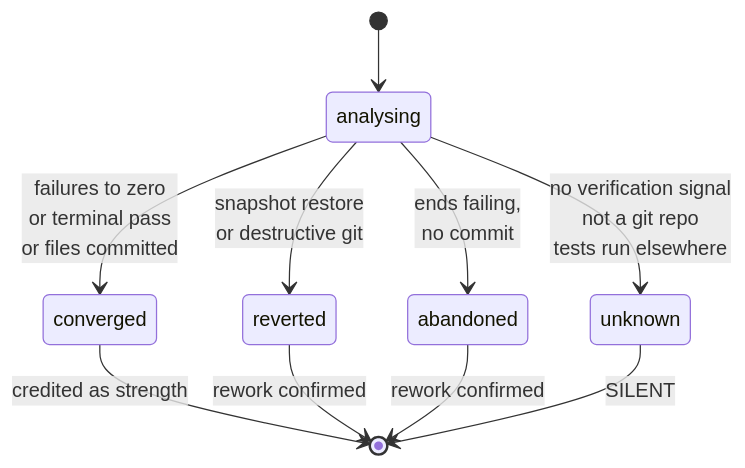
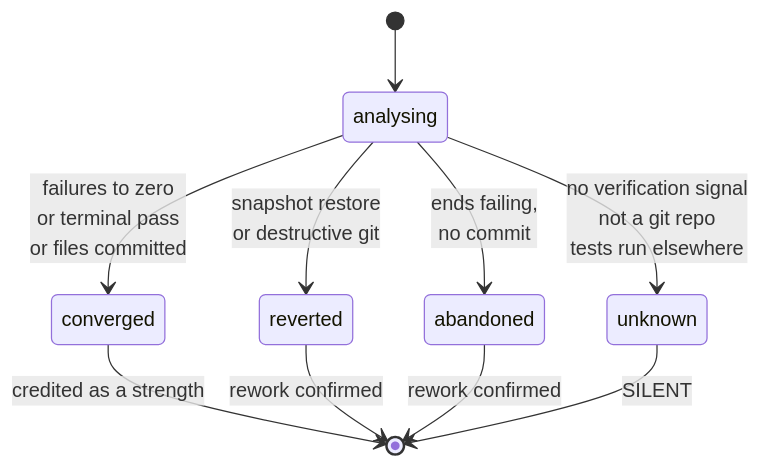
The fourth of 7 diagrams in docs/architecture.md (vibesenpai/vibesenpai), drawn with Mermaid before and after one commit. The commit also changed other lines of this file and 26 other files, not shown here.

First line of the commit message:
Never copy transcripts; add parser factory and schema versioning

````diff
--- a/docs/architecture.md
+++ b/docs/architecture.md
@@ -199,13 +309,13 @@
 ```mermaid
 stateDiagram-v2
   [*] --> analysing
   analysing --> converged: failures to zero<br/>or terminal pass<br/>or files committed
   analysing --> reverted: snapshot restore<br/>or destructive git
   analysing --> abandoned: ends failing,<br/>no commit
   analysing --> unknown: no verification signal<br/>not a git repo<br/>tests run elsewhere
 
-  converged --> [*]: credited as strength
+  converged --> [*]: credited as a strength
   reverted --> [*]: rework confirmed
   abandoned --> [*]: rework confirmed
   unknown --> [*]: SILENT
 ```
````
